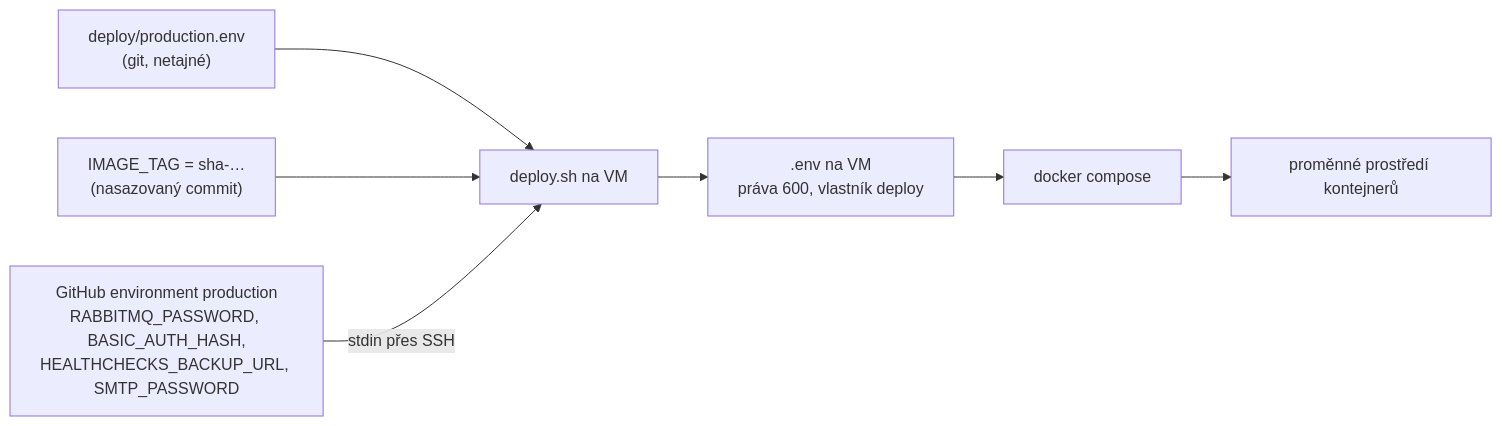
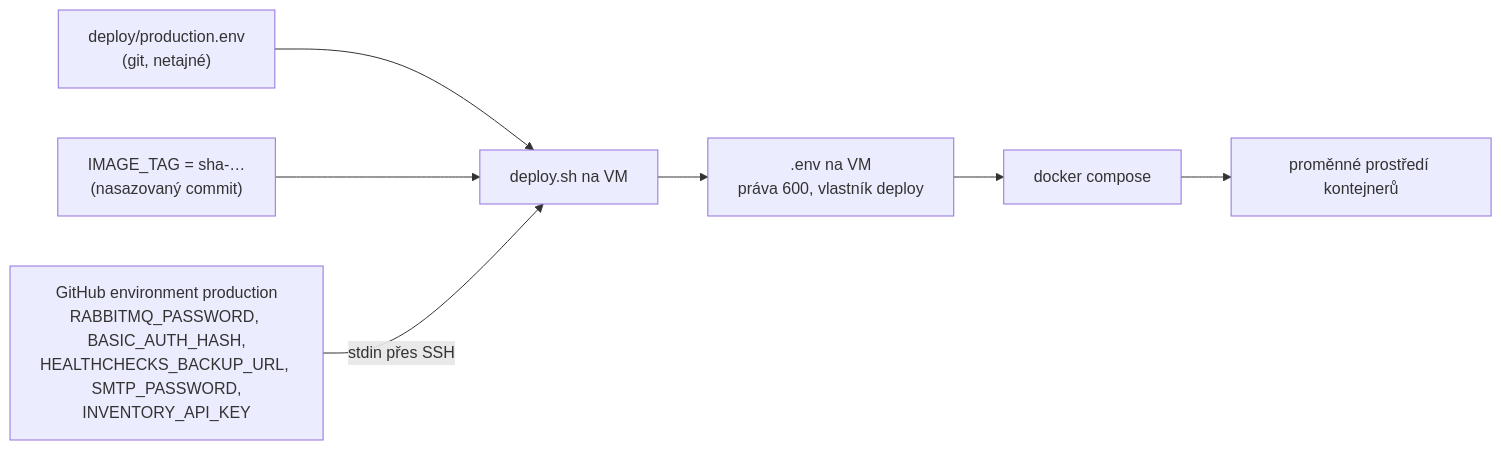
The diagram in docs/prirucka/github/secrets.md (ftichy/MiniShop), drawn with Mermaid before and after one commit. The commit also changed other lines of this file and 21 other files, not shown here.

````diff
--- a/docs/prirucka/github/secrets.md
+++ b/docs/prirucka/github/secrets.md
@@ -12,11 +12,11 @@
 ```mermaid
 flowchart LR
     pe["deploy/production.env<br/>(git, netajné)"] --> sh["deploy.sh na VM"]
     tag["IMAGE_TAG = sha-…<br/>(nasazovaný commit)"] --> sh
-    sec["GitHub environment production<br/>RABBITMQ_PASSWORD, BASIC_AUTH_HASH,<br/>HEALTHCHECKS_BACKUP_URL, SMTP_PASSWORD"] -->|"stdin přes SSH"| sh
+    sec["GitHub environment production<br/>RABBITMQ_PASSWORD, BASIC_AUTH_HASH,<br/>HEALTHCHECKS_BACKUP_URL, SMTP_PASSWORD,<br/>INVENTORY_API_KEY"] -->|"stdin přes SSH"| sh
     sh --> env[".env na VM<br/>práva 600, vlastník deploy"]
     env --> compose["docker compose"]
     compose --> cont["proměnné prostředí kontejnerů"]
 
     click sh "/Docs/github/cd"
 ```
````
